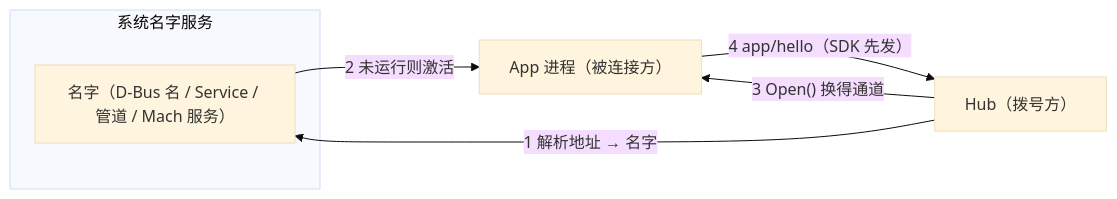
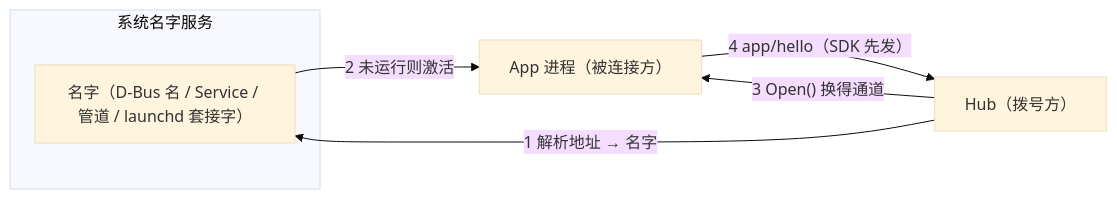
Before and after one commit to stareing/appwire: the first of 4 diagrams in spec/naming.md, drawn with Mermaid (base theme). The commit also changed other lines of this file and 22 other files, not shown here.

````diff
--- a/spec/naming.md
+++ b/spec/naming.md
@@ -83,10 +83,10 @@
 ```mermaid
 flowchart LR
   subgraph os["系统名字服务"]
-    name["名字（D-Bus 名 / Service / 管道 / Mach 服务）"]
+    name["名字（D-Bus 名 / Service / 管道 / launchd 套接字）"]
   end
   hub["Hub（拨号方）"] -- "1 解析地址 → 名字" --> name
   name -- "2 未运行则激活" --> app["App 进程（被连接方）"]
   hub -- "3 Open() 换得通道" --> app
   app -- "4 app/hello（SDK 先发）" --> hub
 ```
````
